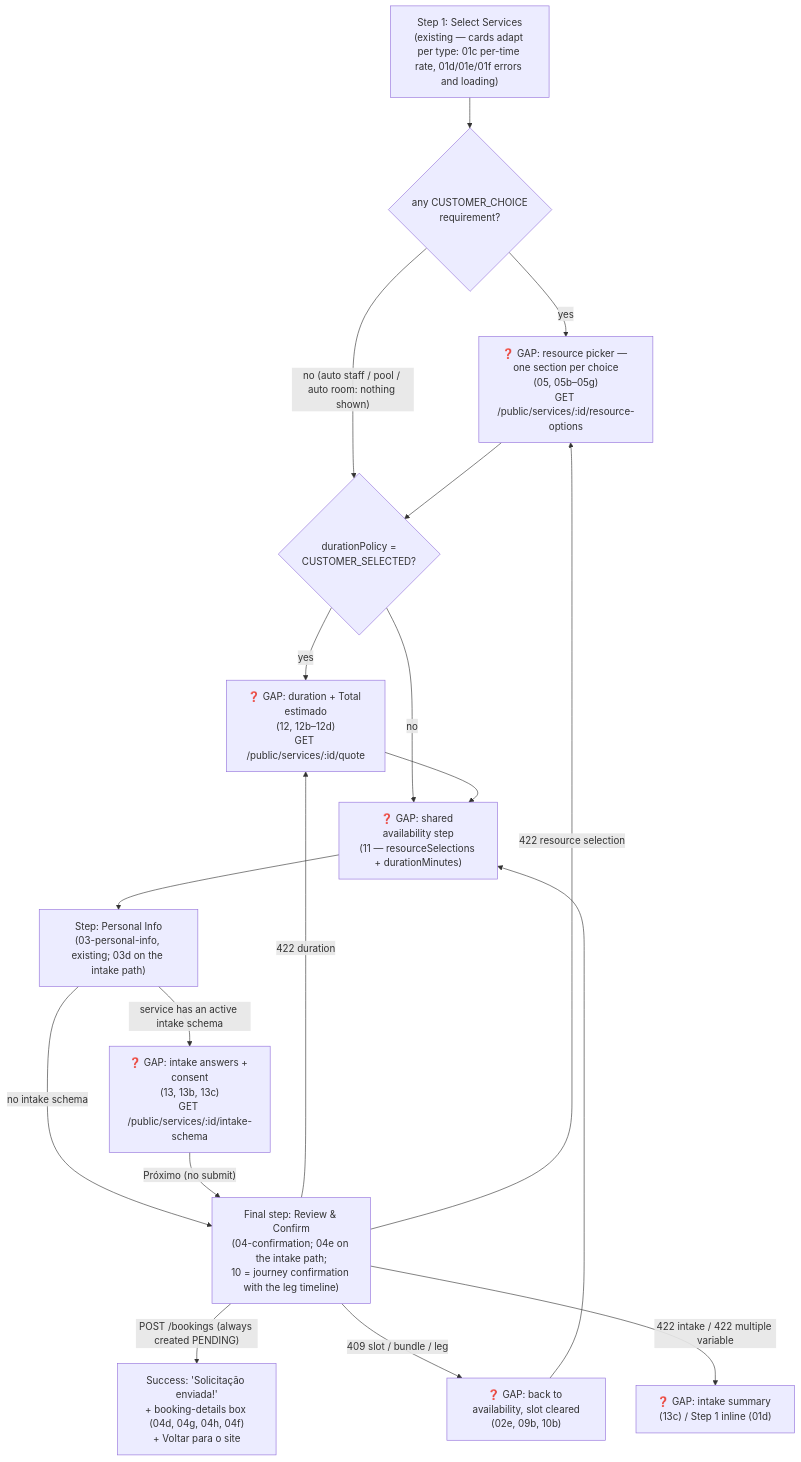
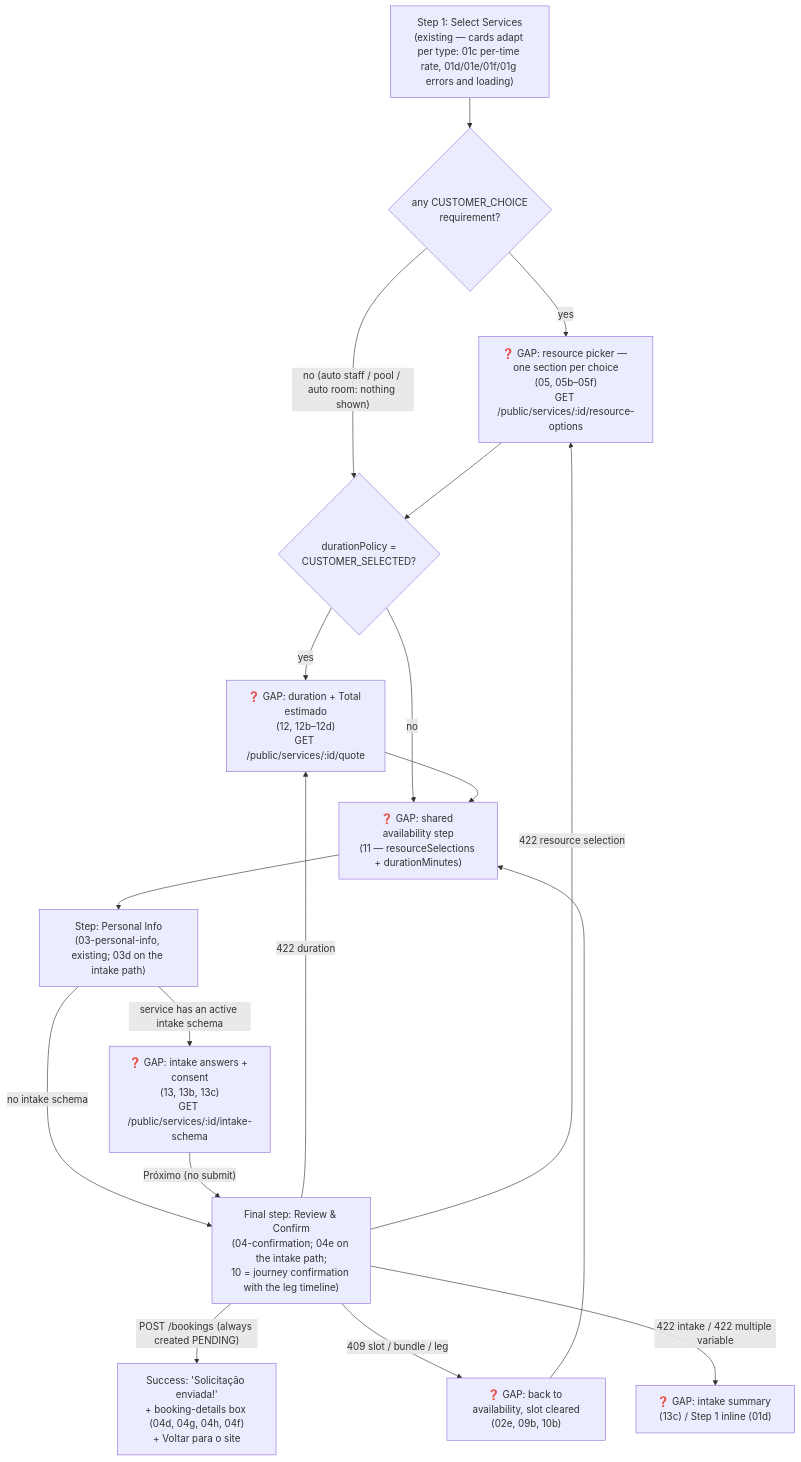
The second of 2 diagrams in plan/journey/guest/book-a-service.md (lmmoreira/ikaro), drawn with Mermaid before and after one commit. The commit also changed other lines of this file and 11 other files, not shown here.

First line of the commit message:
docs(journey): replace the empty-picker screen with an inline Step 1 "serviço indisponível" state (M23-S11a)

````diff
--- a/plan/journey/guest/book-a-service.md
+++ b/plan/journey/guest/book-a-service.md
@@ -59,23 +59,23 @@
 ```mermaid
 flowchart TD
     classDef gap stroke:#f00,stroke-dasharray: 5 5,fill:#fee
 
-    S1b["Step 1: Select Services<br/>(existing — cards adapt per type: 01c per-time rate, 01d/01e/01f errors and loading)"] --> HasChoice{"any CUSTOMER_CHOICE<br/>requirement?"}
-    HasChoice -- "yes" --> Picker["❓ GAP: resource picker — one section per choice<br/>(05, 05b–05g)<br/>GET /public/services/:id/resource-options"]
+    S1b["Step 1: Select Services<br/>(existing — cards adapt per type: 01c per-time rate, 01d/01e/01f/01g errors and loading)"] --> HasChoice{"any CUSTOMER_CHOICE<br/>requirement?"}
+    HasChoice -- "yes" --> Picker["❓ GAP: resource picker — one section per choice<br/>(05, 05b–05f)<br/>GET /public/services/:id/resource-options"]
     HasChoice -- "no (auto staff / pool / auto room: nothing shown)" --> HasDuration
     Picker --> HasDuration{"durationPolicy =<br/>CUSTOMER_SELECTED?"}
     HasDuration -- "yes" --> Duration["❓ GAP: duration + Total estimado<br/>(12, 12b–12d)<br/>GET /public/services/:id/quote"]
     HasDuration -- "no" --> Availability
     Duration --> Availability["❓ GAP: shared availability step<br/>(11 — resourceSelections + durationMinutes)"]
 
     Availability --> S3m["Step: Personal Info<br/>(03-personal-info, existing; 03d on the intake path)"]
     S3m -->|"service has an active intake schema"| Intake["❓ GAP: intake answers + consent<br/>(13, 13b, 13c)<br/>GET /public/services/:id/intake-schema"]
     S3m -->|"no intake schema"| Confirm
     Intake -->|"Próximo (no submit)"| Confirm["Final step: Review & Confirm<br/>(04-confirmation; 04e on the intake path;<br/>10 = journey confirmation with the leg timeline)"]
     Confirm -->|"POST /bookings (always created PENDING)"| Done["Success: 'Solicitação enviada!'<br/>+ booking-details box (04d, 04g, 04h, 04f)<br/>+ Voltar para o site"]
     Confirm -->|"409 slot / bundle / leg"| BackAvail["❓ GAP: back to availability, slot cleared<br/>(02e, 09b, 10b)"]
     Confirm -->|"422 duration"| Duration
     Confirm -->|"422 resource selection"| Picker
     Confirm -->|"422 intake / 422 multiple variable"| Errors["❓ GAP: intake summary (13c) / Step 1 inline (01d)"]
     BackAvail --> Availability
 ```
````
